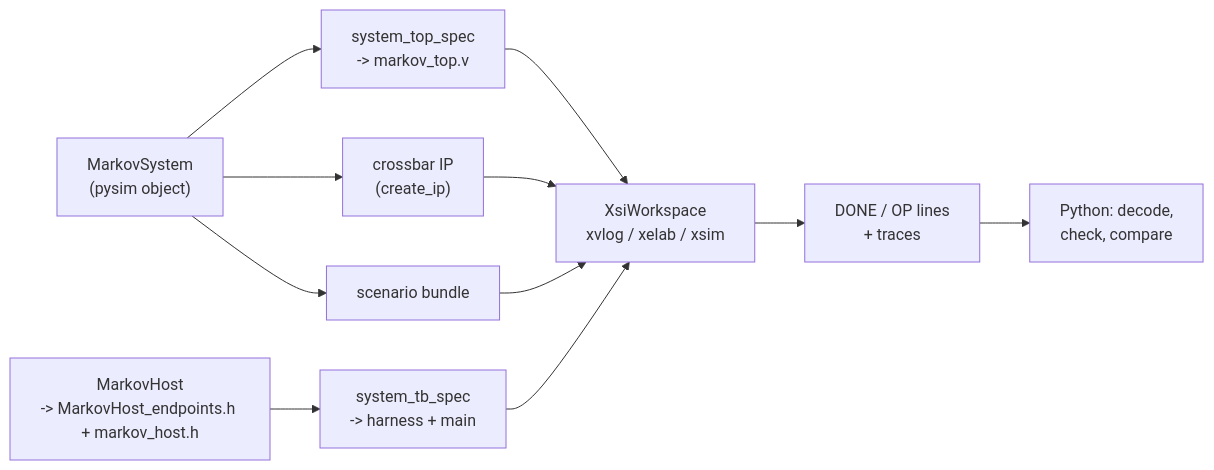
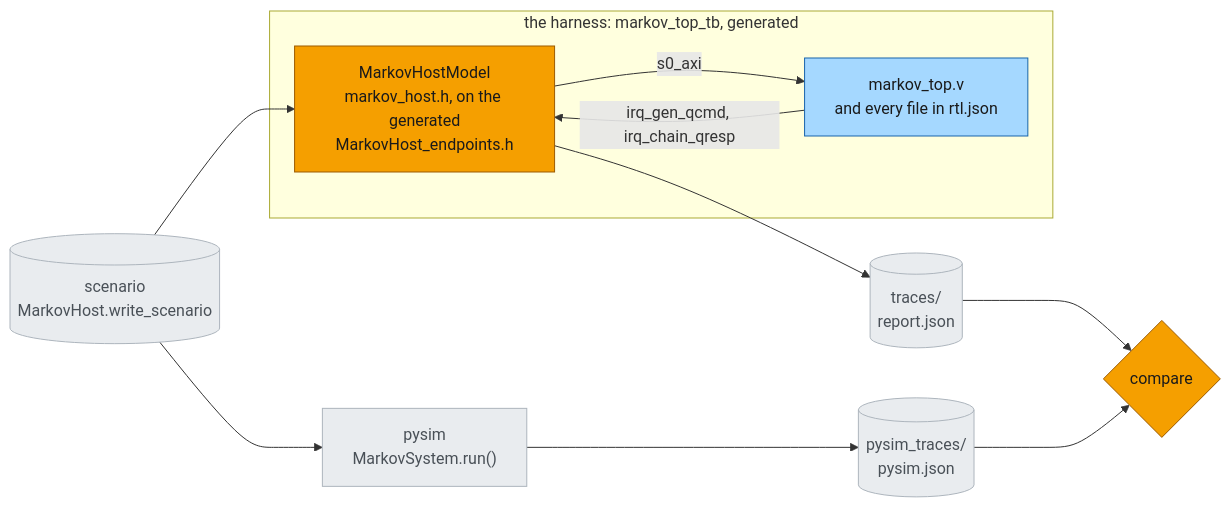
One commit to sdrangan/waveflow changed the diagram in docs/examples/markov/xsi.md. Above: the diagram before and after it, drawn with Mermaid. The commit also changed other lines of this file and 16 other files, not shown here.

First line of the commit message:
build+docs: system_rtl step; the markov build pages split by step, one figure each

````diff
--- a/docs/examples/markov/xsi.md
+++ b/docs/examples/markov/xsi.md
@@ -21,12 +18,20 @@
 ```mermaid
 flowchart LR
-  sys["MarkovSystem<br/>(pysim object)"] --> top["system_top_spec<br/>-> markov_top.v"]
-  sys --> ip["crossbar IP<br/>(create_ip)"]
-  host["MarkovHost<br/>-> MarkovHost_endpoints.h + markov_host.h"] --> tb["system_tb_spec<br/>-> harness + main"]
-  sys --> scen["scenario bundle"]
-  top --> ws["XsiWorkspace<br/>xvlog / xelab / xsim"]
-  ip --> ws
-  tb --> ws
-  scen --> ws
-  ws --> out["DONE / OP lines<br/>+ traces"] --> py["Python: decode,<br/>check, compare"]
+  scen[("scenario<br/>MarkovHost.write_scenario")] --> host
+  subgraph tb["the harness: markov_top_tb, generated"]
+    host["MarkovHostModel<br/>markov_host.h, on the generated<br/>MarkovHost_endpoints.h"]
+    top["markov_top.v<br/>and every file in rtl.json"]
+    host -- "s0_axi" --> top
+    top -- "irq_gen_qcmd, irq_chain_qresp" --> host
+  end
+  host --> traces[("traces/<br/>report.json")]
+  scen --> pysim["pysim<br/>MarkovSystem.run()"] --> ptraces[("pysim_traces/<br/>pysim.json")]
+  traces --> compare{"compare"}
+  ptraces --> compare
+  classDef here fill:#f59f00,stroke:#9c5b00,color:#1a1a1a
+  classDef earlier fill:#a5d8ff,stroke:#1864ab,color:#1a1a1a
+  classDef data fill:#e9ecef,stroke:#adb5bd,color:#495057
+  class host,compare here
+  class top earlier
+  class scen,traces,ptraces,pysim data
 ```
````
